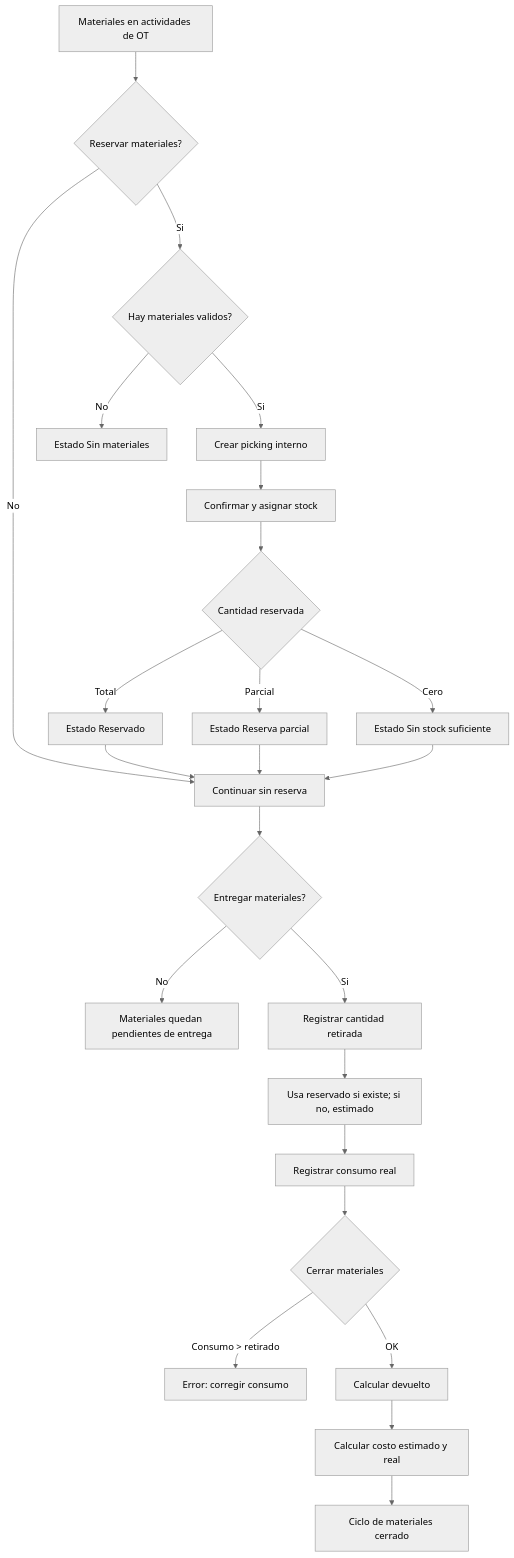
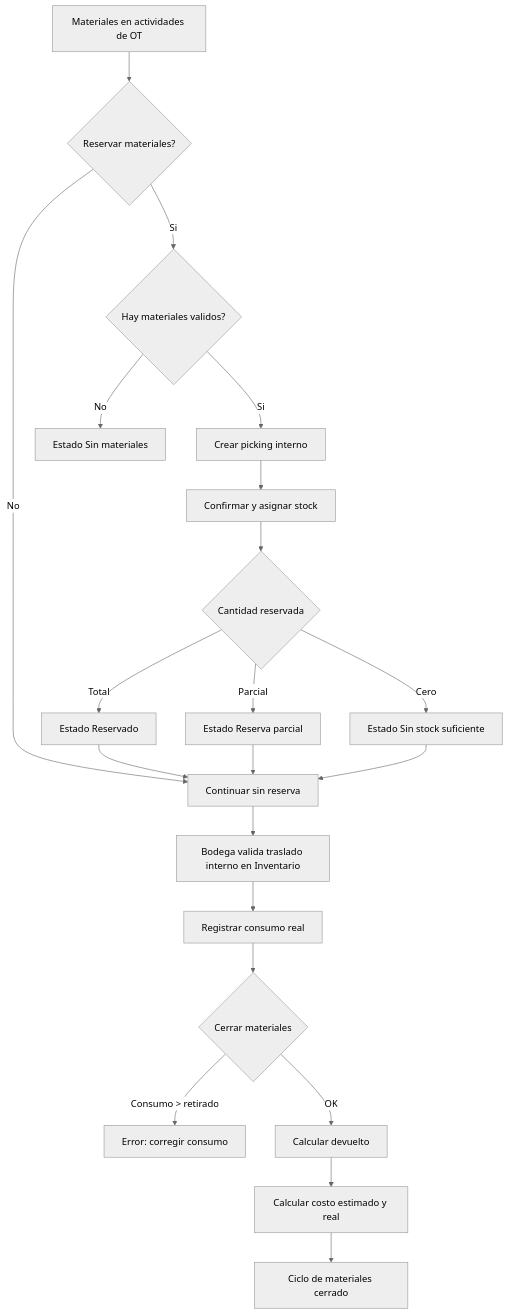
One commit to lbadilla2021/zmm_ajustes changed the eighth of 9 diagrams in docs_codex/diagramas_macro_por_tramo_mantenimiento.md. Above: the diagram before and after it, drawn with Mermaid (neutral theme). The commit also changed 11 other files, not shown here.

````diff
--- a/docs_codex/diagramas_macro_por_tramo_mantenimiento.md
+++ b/docs_codex/diagramas_macro_por_tramo_mantenimiento.md
@@ -225,26 +225,23 @@
 ```mermaid
 flowchart TD
     A["Materiales en actividades de OT"] --> B{"Reservar materiales?"}
     B -->|No| G["Continuar sin reserva"]
     B -->|Si| C{"Hay materiales validos?"}
     C -->|No| C1["Estado Sin materiales"]
     C -->|Si| D["Crear picking interno"]
     D --> E["Confirmar y asignar stock"]
     E --> F{"Cantidad reservada"}
     F -->|Total| F1["Estado Reservado"]
     F -->|Parcial| F2["Estado Reserva parcial"]
     F -->|Cero| F3["Estado Sin stock suficiente"]
     F1 --> G
     F2 --> G
     F3 --> G
-    G --> H{"Entregar materiales?"}
-    H -->|No| H1["Materiales quedan pendientes de entrega"]
-    H -->|Si| I["Registrar cantidad retirada"]
-    I --> J["Usa reservado si existe; si no, estimado"]
-    J --> K["Registrar consumo real"]
-    K --> L{"Cerrar materiales"}
+    G --> H["Bodega valida traslado interno en Inventario"]
+    H --> I["Registrar consumo real"]
+    I --> L{"Cerrar materiales"}
     L -->|Consumo > retirado| L1["Error: corregir consumo"]
     L -->|OK| M["Calcular devuelto"]
     M --> N["Calcular costo estimado y real"]
     N --> O["Ciclo de materiales cerrado"]
 ```
````
